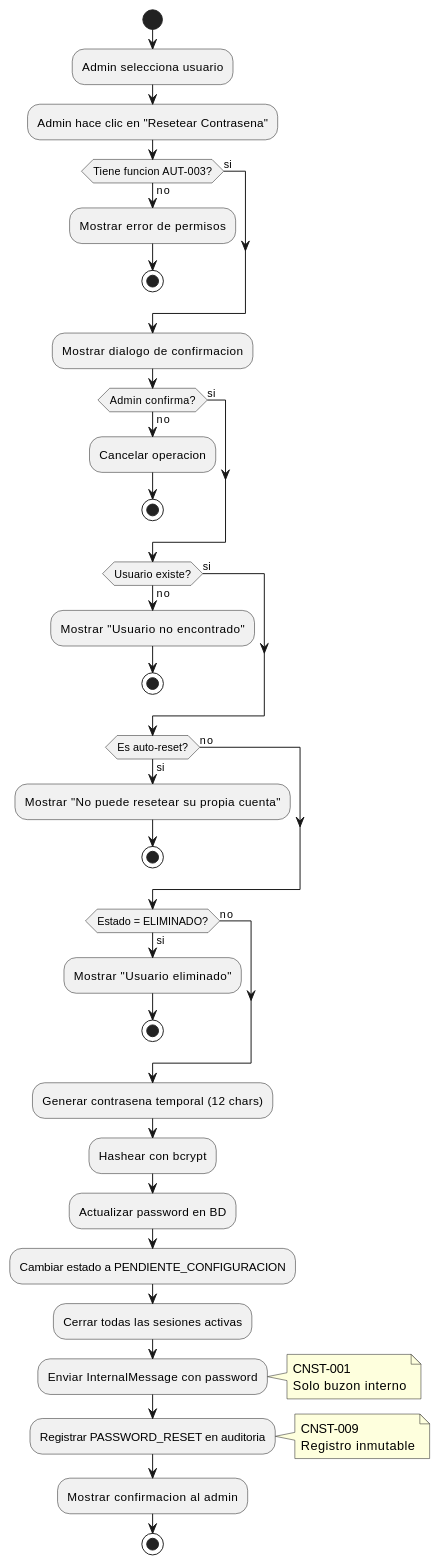
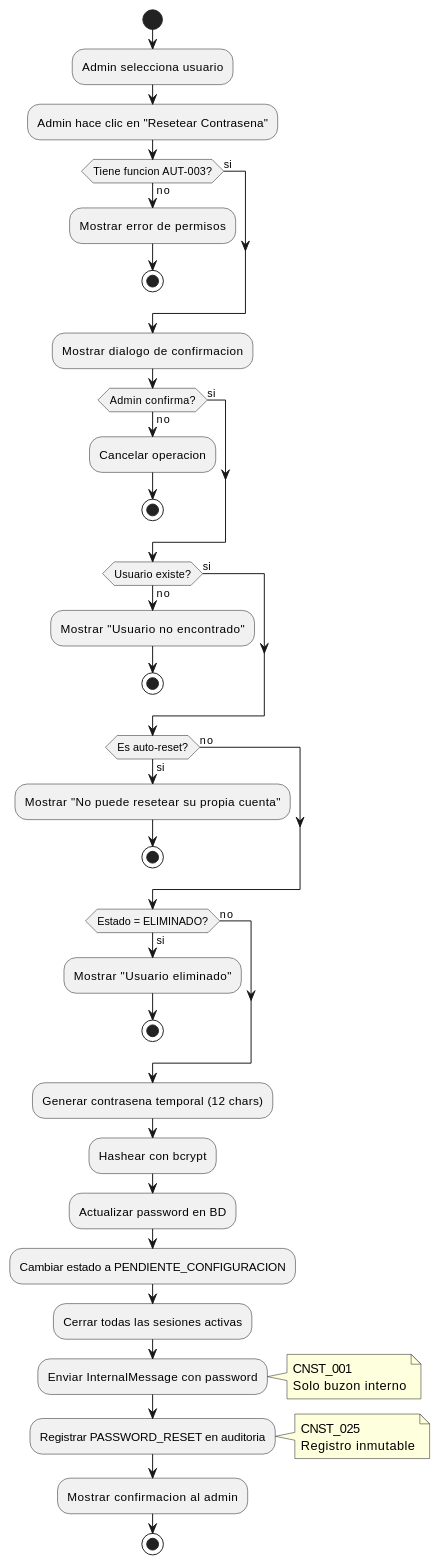
The third of 3 diagrams in source/requisitos/casos_uso/auth/UC_AUTH_03_Recuperar_Contrasena.rst (jcg-admin/IACT-docs), drawn with PlantUML before and after one commit. The commit also changed other lines of this file and 67 other files, not shown here.

```diff
--- a/source/requisitos/casos_uso/auth/UC_AUTH_03_Recuperar_Contrasena.rst
+++ b/source/requisitos/casos_uso/auth/UC_AUTH_03_Recuperar_Contrasena.rst
@@ -445,70 +445,70 @@
 .. uml::
    :caption: Diagrama de Actividad - UC_AUTH_03
 
    @startuml
 
    start
 
    :Admin selecciona usuario;
 
    :Admin hace clic en "Resetear Contrasena";
 
    if (Tiene funcion AUT-003?) then (no)
      :Mostrar error de permisos;
      stop
    else (si)
    endif
 
    :Mostrar dialogo de confirmacion;
 
    if (Admin confirma?) then (no)
      :Cancelar operacion;
      stop
    else (si)
    endif
 
    if (Usuario existe?) then (no)
      :Mostrar "Usuario no encontrado";
      stop
    else (si)
    endif
 
    if (Es auto-reset?) then (si)
      :Mostrar "No puede resetear su propia cuenta";
      stop
    else (no)
    endif
 
    if (Estado = ELIMINADO?) then (si)
      :Mostrar "Usuario eliminado";
      stop
    else (no)
    endif
 
    :Generar contrasena temporal (12 chars);
 
    :Hashear con bcrypt;
 
    :Actualizar password en BD;
 
    :Cambiar estado a PENDIENTE_CONFIGURACION;
 
    :Cerrar todas las sesiones activas;
 
    :Enviar InternalMessage con password;
    note right
-     CNST-001
+     CNST_001
      Solo buzon interno
    end note
 
    :Registrar PASSWORD_RESET en auditoria;
    note right
-     CNST-009
+     CNST_025
      Registro inmutable
    end note
 
    :Mostrar confirmacion al admin;
 
    stop
 
    @enduml
```
